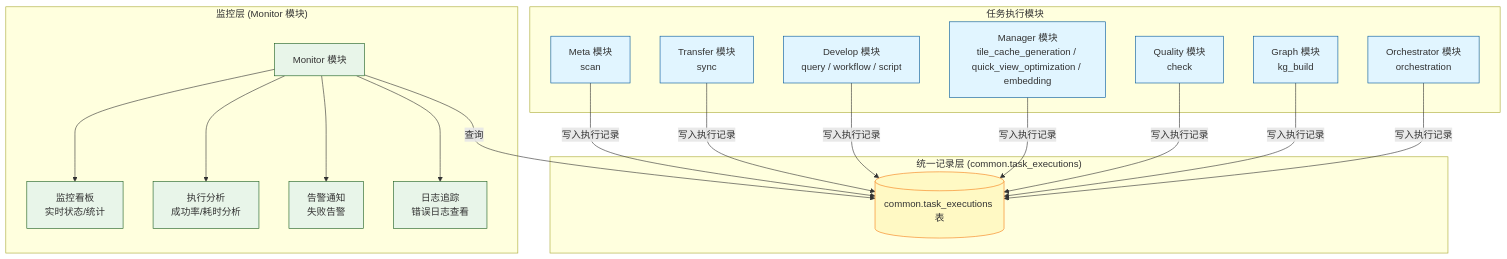
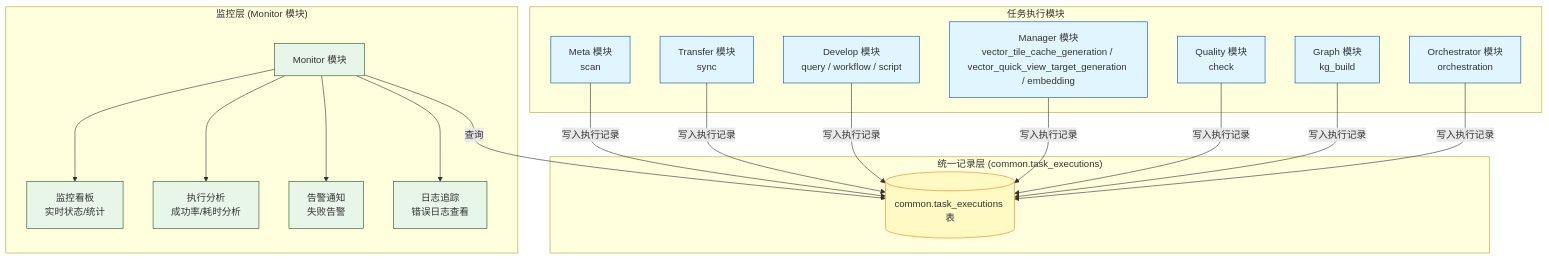
Before and after one commit to pampa0629/addp: the first of 3 diagrams in docs/concepts/addp监控与执行体系图.md, drawn with Mermaid. The commit also changed other lines of this file and 78 other files, not shown here.

````diff
--- a/docs/concepts/addp监控与执行体系图.md
+++ b/docs/concepts/addp监控与执行体系图.md
@@ -30,42 +30,42 @@
 ```mermaid
 graph TB
     subgraph "任务执行模块"
         Meta[Meta 模块<br/>scan]
         Transfer[Transfer 模块<br/>sync]
         Develop[Develop 模块<br/>query / workflow / script]
-        Manager[Manager 模块<br/>tile_cache_generation / quick_view_optimization / embedding]
+        Manager[Manager 模块<br/>vector_tile_cache_generation / vector_quick_view_target_generation / embedding]
         Quality[Quality 模块<br/>check]
         Graph[Graph 模块<br/>kg_build]
         Orchestrator[Orchestrator 模块<br/>orchestration]
     end
 
     subgraph "统一记录层 (common.task_executions)"
         TaskExec[(common.task_executions 表)]
 
         Meta --> |写入执行记录| TaskExec
         Transfer --> |写入执行记录| TaskExec
         Develop --> |写入执行记录| TaskExec
         Manager --> |写入执行记录| TaskExec
         Quality --> |写入执行记录| TaskExec
         Graph --> |写入执行记录| TaskExec
         Orchestrator --> |写入执行记录| TaskExec
     end
 
     subgraph "监控层 (Monitor 模块)"
         Monitor[Monitor 模块]
 
         Monitor --> |查询| TaskExec
         Monitor --> Dashboard[监控看板<br/>实时状态/统计]
         Monitor --> Analysis[执行分析<br/>成功率/耗时分析]
         Monitor --> Alert[告警通知<br/>失败告警]
         Monitor --> Log[日志追踪<br/>错误日志查看]
     end
 
     classDef module fill:#e1f5ff,stroke:#01579b
     classDef storage fill:#fff9c4,stroke:#f57f17
     classDef monitor fill:#e8f5e9,stroke:#1b5e20
 
     class Meta,Transfer,Develop,Manager,Quality,Graph,Orchestrator module
     class TaskExec storage
     class Monitor,Dashboard,Analysis,Alert,Log monitor
 ```
````
